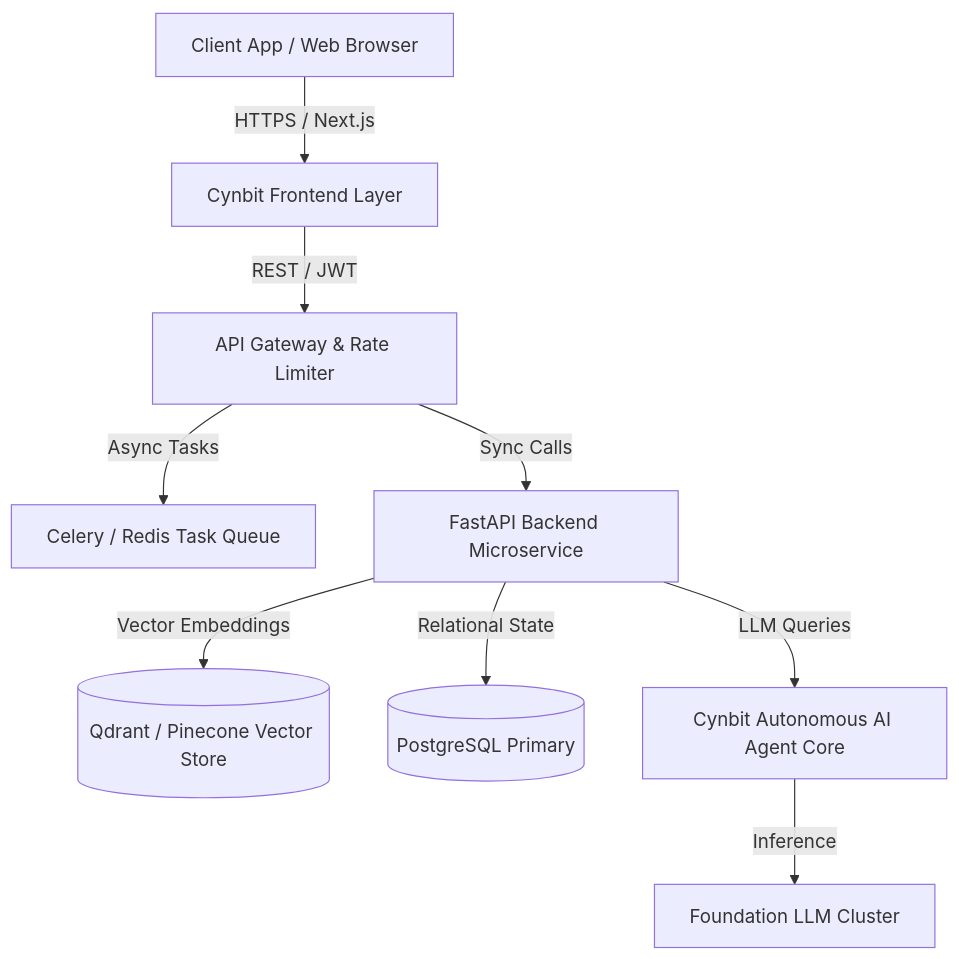
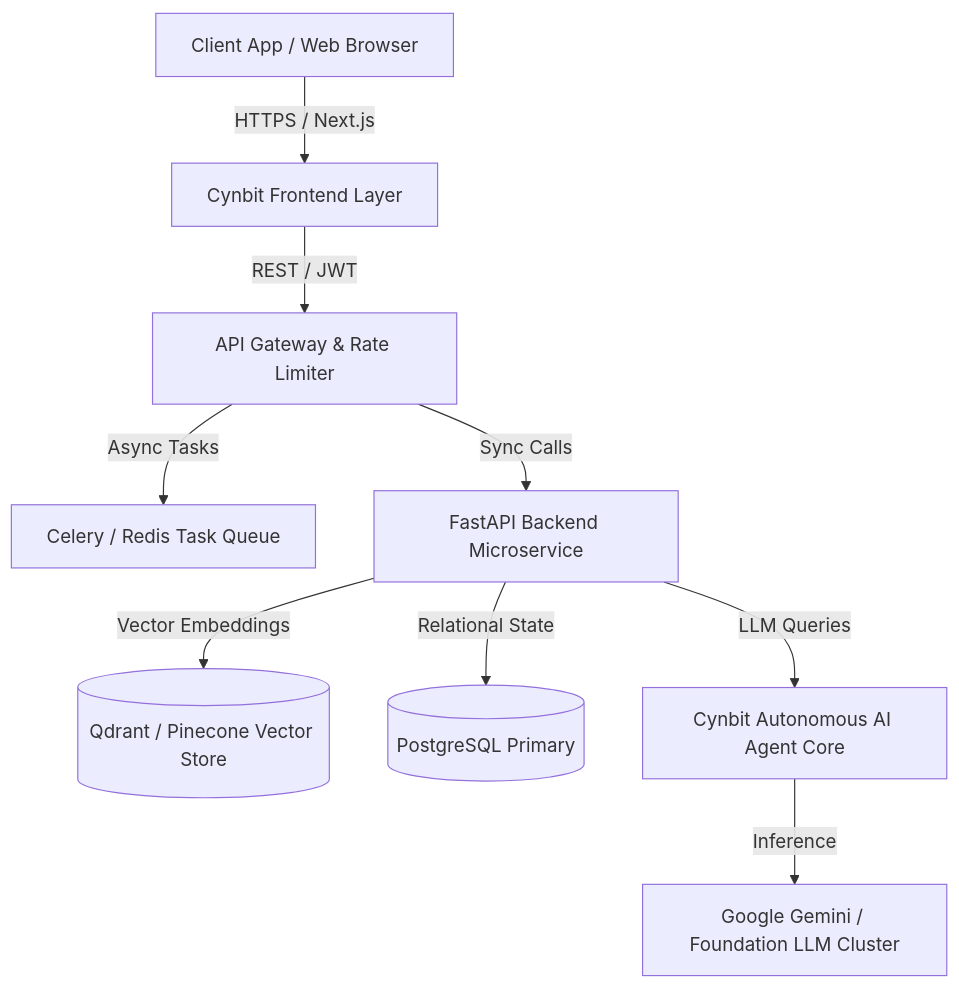
Before and after one commit to sanjit507/Cynbit-AI-Pre-Sales-Copilot: the diagram in docs/TECHNICAL_APPROACH.md, drawn with Mermaid. The commit also changed 3 other files, not shown here.

````diff
--- a/docs/TECHNICAL_APPROACH.md
+++ b/docs/TECHNICAL_APPROACH.md
@@ -145,11 +145,11 @@
 ```mermaid
-graph TD
-    Client[Client App / Web Browser] -->|HTTPS / Next.js| FE[Cynbit Frontend Layer]
-    FE -->|REST / JWT| Gateway[API Gateway & Rate Limiter]
-    Gateway -->|Async Tasks| Worker[Celery / Redis Task Queue]
-    Gateway -->|Sync Calls| CoreAPI[FastAPI Backend Microservice]
-    CoreAPI -->|Vector Embeddings| VectorDB[(Qdrant / Pinecone Vector Store)]
-    CoreAPI -->|Relational State| RelDB[(PostgreSQL Primary)]
-    CoreAPI -->|LLM Queries| AgentEngine[Cynbit Autonomous AI Agent Core]
-    AgentEngine -->|Inference| CloudLLM[Foundation LLM Cluster]
+flowchart TD
+    Client["Client App / Web Browser"] -->|HTTPS / Next.js| FE["Cynbit Frontend Layer"]
+    FE -->|REST / JWT| Gateway["API Gateway & Rate Limiter"]
+    Gateway -->|Async Tasks| Worker["Celery / Redis Task Queue"]
+    Gateway -->|Sync Calls| CoreAPI["FastAPI Backend Microservice"]
+    CoreAPI -->|Vector Embeddings| VectorDB[("Qdrant / Pinecone Vector Store")]
+    CoreAPI -->|Relational State| RelDB[("PostgreSQL Primary")]
+    CoreAPI -->|LLM Queries| AgentEngine["Cynbit Autonomous AI Agent Core"]
+    AgentEngine -->|Inference| CloudLLM["Google Gemini / Foundation LLM Cluster"]
 ```
````
